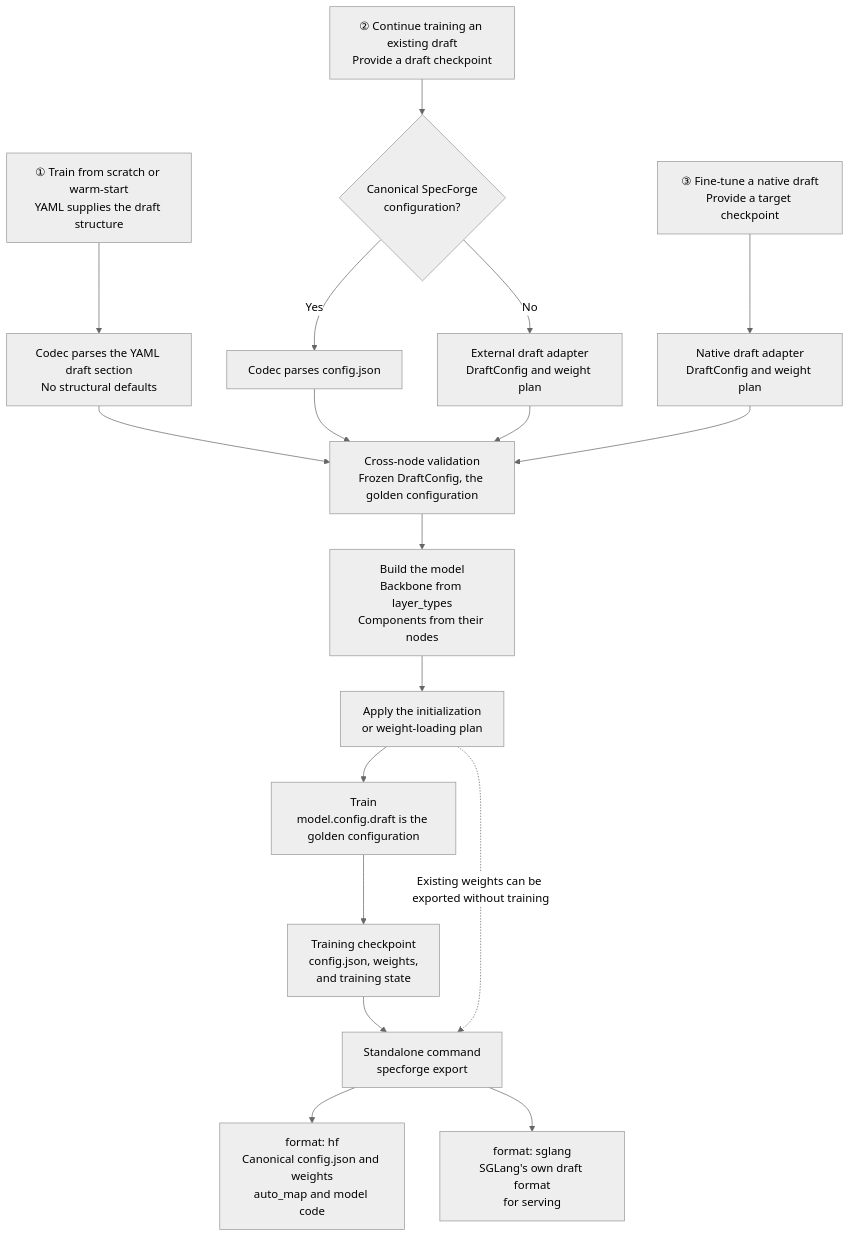
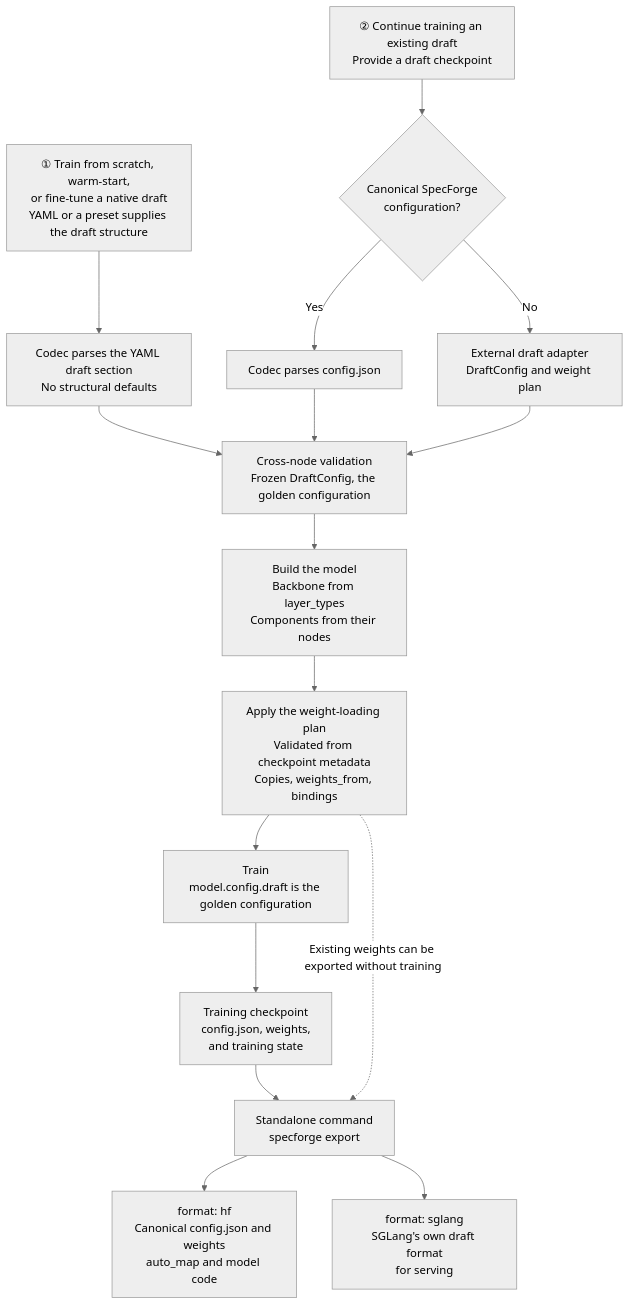
Before and after one commit to sgl-project/SpecForge: the first of 2 diagrams in docs/config_usage_graph-eng.md, drawn with Mermaid (neutral theme). The commit also changed other lines of this file and 2 other files, not shown here.

````diff
--- a/docs/config_usage_graph-eng.md
+++ b/docs/config_usage_graph-eng.md
@@ -16,27 +16,24 @@
 ```mermaid
 flowchart TB
-    A["① Train from scratch or warm-start<br/>YAML supplies the draft structure"]
+    A["① Train from scratch, warm-start,<br/>or fine-tune a native draft<br/>YAML or a preset supplies the draft structure"]
     B["② Continue training an existing draft<br/>Provide a draft checkpoint"]
-    C["③ Fine-tune a native draft<br/>Provide a target checkpoint"]
 
     A --> A1["Codec parses the YAML draft section<br/>No structural defaults"]
     B --> B1{"Canonical SpecForge<br/>configuration?"}
     B1 -->|Yes| B2["Codec parses config.json"]
     B1 -->|No| B3["External draft adapter<br/>DraftConfig and weight plan"]
-    C --> C1["Native draft adapter<br/>DraftConfig and weight plan"]
 
     A1 --> D["Cross-node validation<br/>Frozen DraftConfig, the golden configuration"]
     B2 --> D
     B3 --> D
-    C1 --> D
 
     D --> E["Build the model<br/>Backbone from layer_types<br/>Components from their nodes"]
-    E --> F["Apply the initialization<br/>or weight-loading plan"]
+    E --> F["Apply the weight-loading plan<br/>Validated from checkpoint metadata<br/>Copies, weights_from, bindings"]
     F --> G["Train<br/>model.config.draft is the golden configuration"]
     G --> H["Training checkpoint<br/>config.json, weights,<br/>and training state"]
 
     H --> I["Standalone command<br/>specforge export"]
     F -. "Existing weights can be exported without training" .-> I
     I --> J["format: hf<br/>Canonical config.json and weights<br/>auto_map and model code"]
     I --> K["format: sglang<br/>SGLang's own draft format<br/>for serving"]
 ```
````
